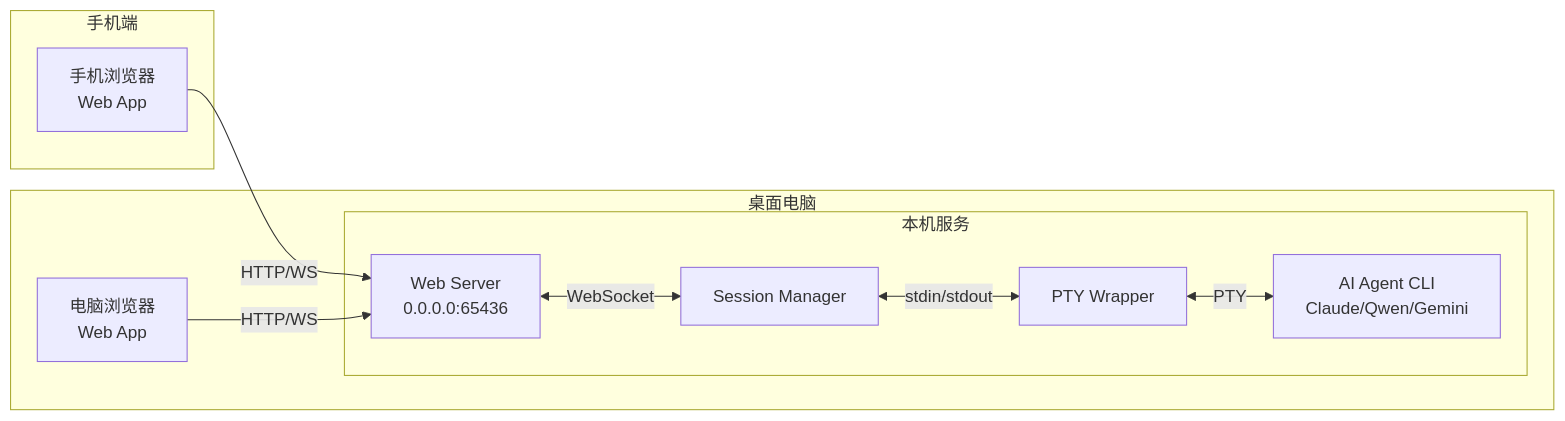
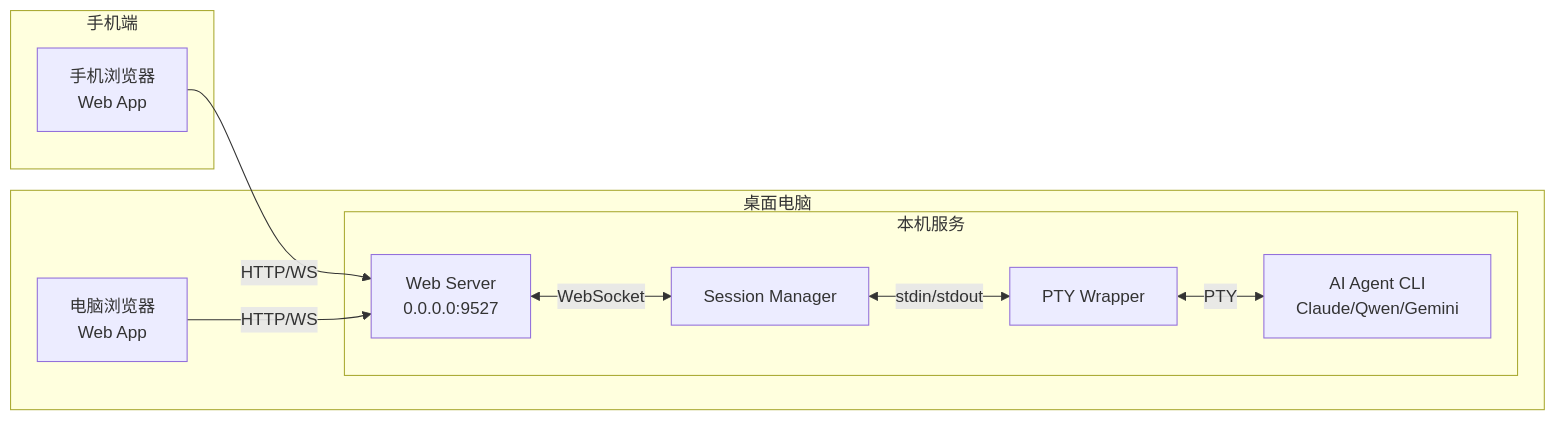
The diagram in doc/DEVELOP.md (duran4000/ai-agent-remote), drawn with Mermaid before and after one commit. The commit also changed other lines of this file and 12 other files, not shown here.

````diff
--- a/doc/DEVELOP.md
+++ b/doc/DEVELOP.md
@@ -34,22 +34,22 @@
 ```mermaid
 flowchart LR
     subgraph 手机端
         Browser_Phone[手机浏览器<br/>Web App]
     end
 
     subgraph 桌面电脑
         subgraph 本机服务
-            Server[Web Server<br/>0.0.0.0:65436]
+            Server[Web Server<br/>0.0.0.0:9527]
             SM[Session Manager]
             Wrapper[PTY Wrapper]
             CLI[AI Agent CLI<br/>Claude/Qwen/Gemini]
         end
         Browser_PC[电脑浏览器<br/>Web App]
     end
 
     Browser_Phone --"HTTP/WS"--> Server
     Browser_PC --"HTTP/WS"--> Server
     Server <--"WebSocket"--> SM
     SM <--"stdin/stdout"--> Wrapper
     Wrapper <--"PTY"--> CLI
 ```
````
